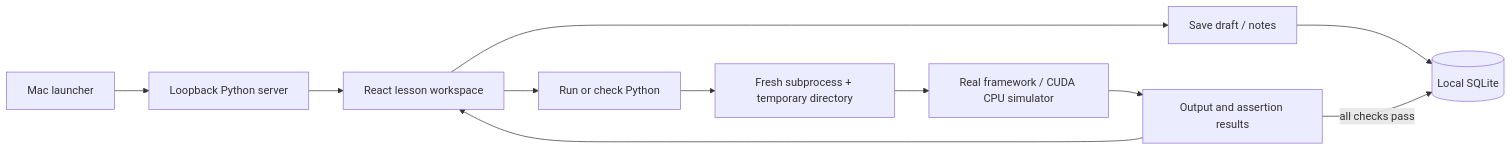
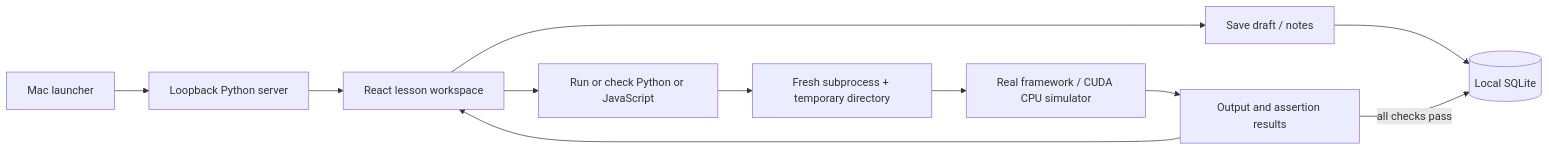
The diagram in docs/architecture.md (ShmalexM/ml-workshop), drawn with Mermaid before and after one commit. The commit also changed other lines of this file and 29 other files, not shown here.

````diff
--- a/docs/architecture.md
+++ b/docs/architecture.md
@@ -3,13 +3,13 @@
 ```mermaid
 flowchart LR
   A[Mac launcher] --> B[Loopback Python server]
   B --> C[React lesson workspace]
   C --> D[Save draft / notes]
   D --> E[(Local SQLite)]
-  C --> F[Run or check Python]
+  C --> F[Run or check Python or JavaScript]
   F --> G[Fresh subprocess + temporary directory]
   G --> H[Real framework / CUDA CPU simulator]
   H --> I[Output and assertion results]
   I --> C
   I -->|all checks pass| E
 ```
````
